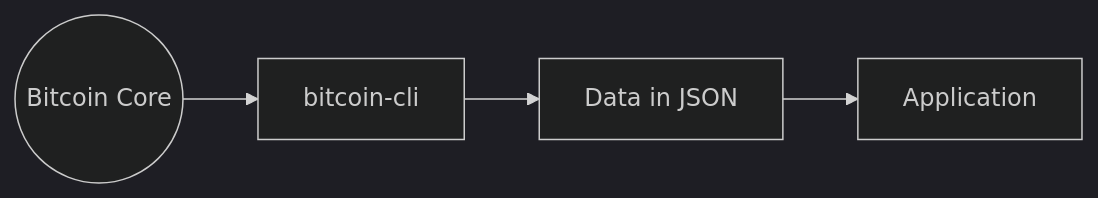
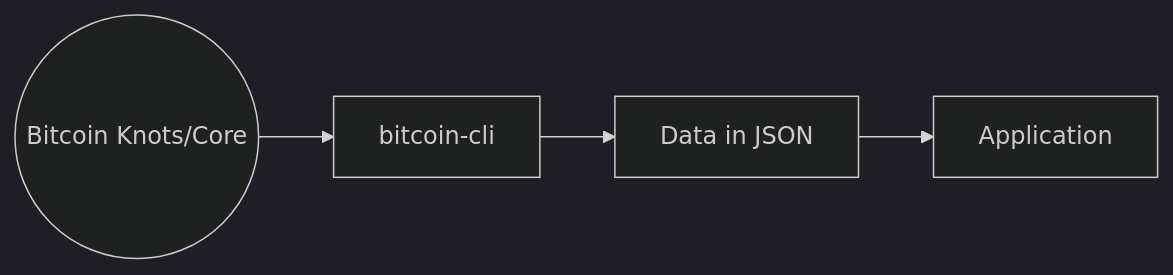
Before and after one commit to Sharmaz/btc-dev-journey: the first of 2 diagrams in docs/getting-started/environment.md, drawn with Mermaid (dark theme). The commit also changed other lines of this file and 5 other files, not shown here.

Commit message:
update the docs including bitcoin knots installation.

````diff
--- a/docs/getting-started/environment.md
+++ b/docs/getting-started/environment.md
@@ -17,4 +17,4 @@
 ```mermaid
 flowchart LR
-  A((Bitcoin Core)) --> B[bitcoin-cli] --> C[Data in JSON] --> D[Application]
+  A((Bitcoin Knots/Core)) --> B[bitcoin-cli] --> C[Data in JSON] --> D[Application]
 ```
````
